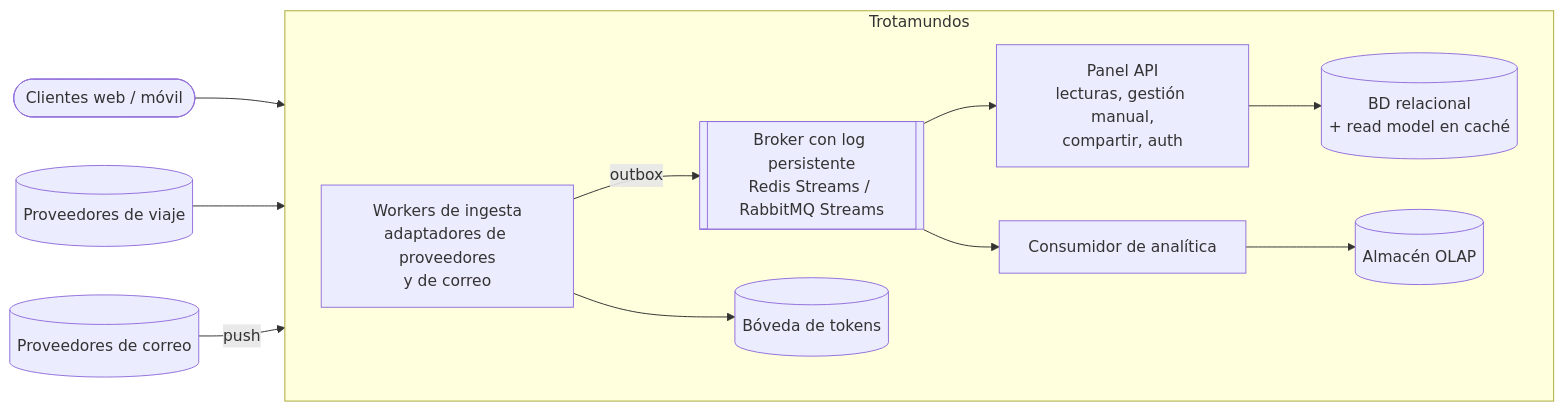
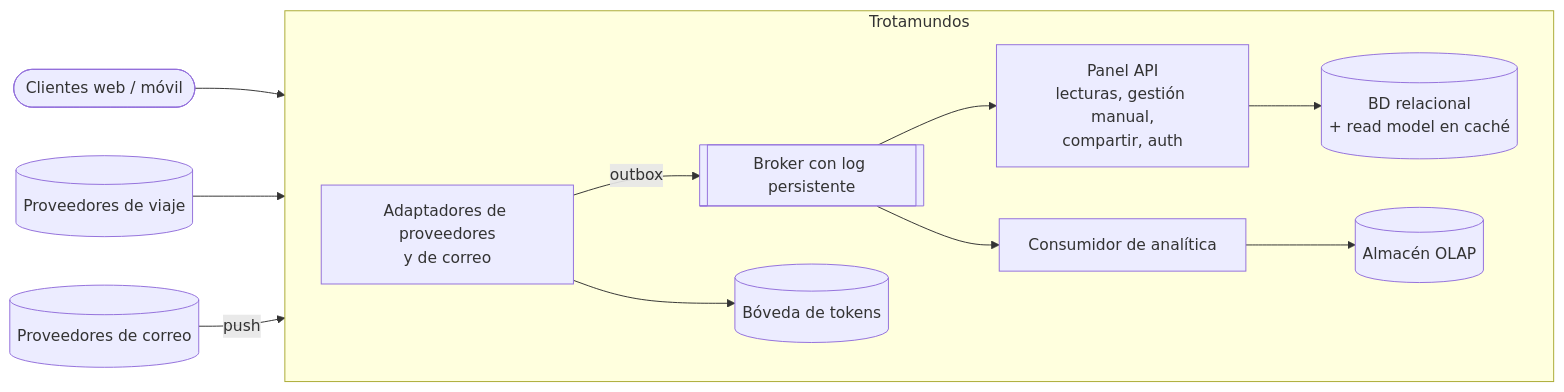
Before and after one commit to matiascanova/TPE_SOFTWARE: the diagram in Vista-Modular inicial-del-sistema.md, drawn with Mermaid.

Commit message:
Refactor text in Vista-Modular inicial-del-sistema.md

````diff
--- a/Vista-Modular inicial-del-sistema.md
+++ b/Vista-Modular inicial-del-sistema.md
@@ -1,27 +1,27 @@
 ```mermaid
 flowchart LR
     CL([Clientes web / móvil])
     PV[(Proveedores de viaje)]
     MC[(Proveedores de correo)]
 
     subgraph TROT[Trotamundos]
         direction LR
         API[Panel API<br/>lecturas, gestión manual,<br/>compartir, auth]
-        ING[Workers de ingesta<br/>adaptadores de proveedores<br/>y de correo]
+        ING[Adaptadores de proveedores<br/>y de correo]
         ANA[Consumidor de analítica]
-        BR[[Broker con log persistente<br/>Redis Streams / RabbitMQ Streams]]
+        BR[[Broker con log persistente]]
         DB[(BD relacional<br/>+ read model en caché)]
         OLAP[(Almacén OLAP)]
         VAULT[(Bóveda de tokens)]
     end
 
     CL --> API
     PV --> ING
     MC -- push --> ING
     ING -- outbox --> BR
     BR --> API
     BR --> ANA
     API --> DB
     ANA --> OLAP
     ING --> VAULT
 ```
````
